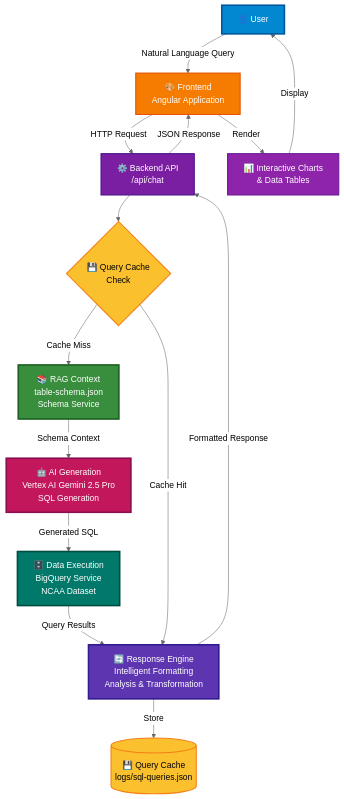
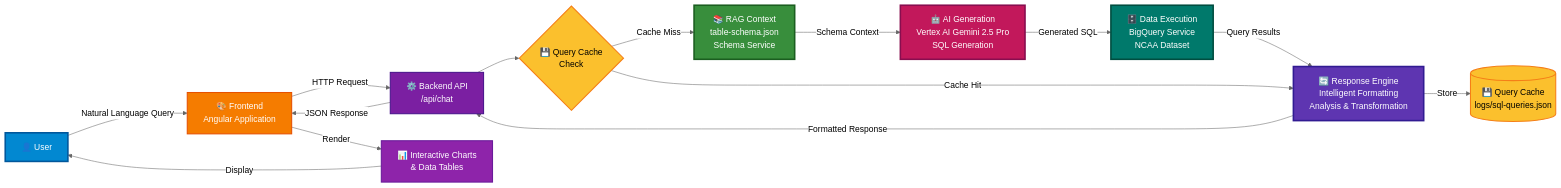
One commit to build-bros/.github changed the first of 2 diagrams in profile/README.md. Above: the diagram before and after it, drawn with Mermaid (neutral theme).

Commit message:
Update system architecture in README.md.

````diff
--- a/profile/README.md
+++ b/profile/README.md
@@ -60,39 +60,39 @@
 ```mermaid
-flowchart TB
+flowchart LR
     User["👤 User"] -->|"Natural Language Query"| Frontend["🎨 Frontend<br/>Angular Application"]
     
     Frontend -->|"HTTP Request"| API["⚙️ Backend API<br/>/api/chat"]
     
     API --> Cache{"💾 Query Cache<br/>Check"}
     
     Cache -->|"Cache Miss"| RAG["📚 RAG Context<br/>table-schema.json<br/>Schema Service"]
     
     RAG -->|"Schema Context"| AI["🤖 AI Generation<br/>Vertex AI Gemini 2.5 Pro<br/>SQL Generation"]
     
     AI -->|"Generated SQL"| DataExec["🗄️ Data Execution<br/>BigQuery Service<br/>NCAA Dataset"]
     
     DataExec -->|"Query Results"| Engine["🔄 Response Engine<br/>Intelligent Formatting<br/>Analysis & Transformation"]
     
     Cache -->|"Cache Hit"| Engine
     
     Engine -->|"Store"| CacheStore[("💾 Query Cache<br/>logs/sql-queries.json")]
     
     Engine -->|"Formatted Response"| API
     
     API -->|"JSON Response"| Frontend
     
     Frontend -->|"Render"| Charts["📊 Interactive Charts<br/>& Data Tables"]
     
     Charts -->|"Display"| User
 
     style User fill:#0288d1,stroke:#01579b,stroke-width:3px,color:#fff
     style Frontend fill:#f57c00,stroke:#e65100,stroke-width:2px,color:#fff
     style API fill:#7b1fa2,stroke:#4a148c,stroke-width:2px,color:#fff
     style Cache fill:#fbc02d,stroke:#f57f17,stroke-width:2px,color:#000
     style RAG fill:#388e3c,stroke:#1b5e20,stroke-width:3px,color:#fff
     style AI fill:#c2185b,stroke:#880e4f,stroke-width:3px,color:#fff
     style DataExec fill:#00796b,stroke:#004d40,stroke-width:3px,color:#fff
     style Engine fill:#5e35b1,stroke:#311b92,stroke-width:3px,color:#fff
     style CacheStore fill:#fbc02d,stroke:#f57f17,stroke-width:2px,color:#000
     style Charts fill:#8e24aa,stroke:#6a1b9a,stroke-width:2px,color:#fff
 ```
````
